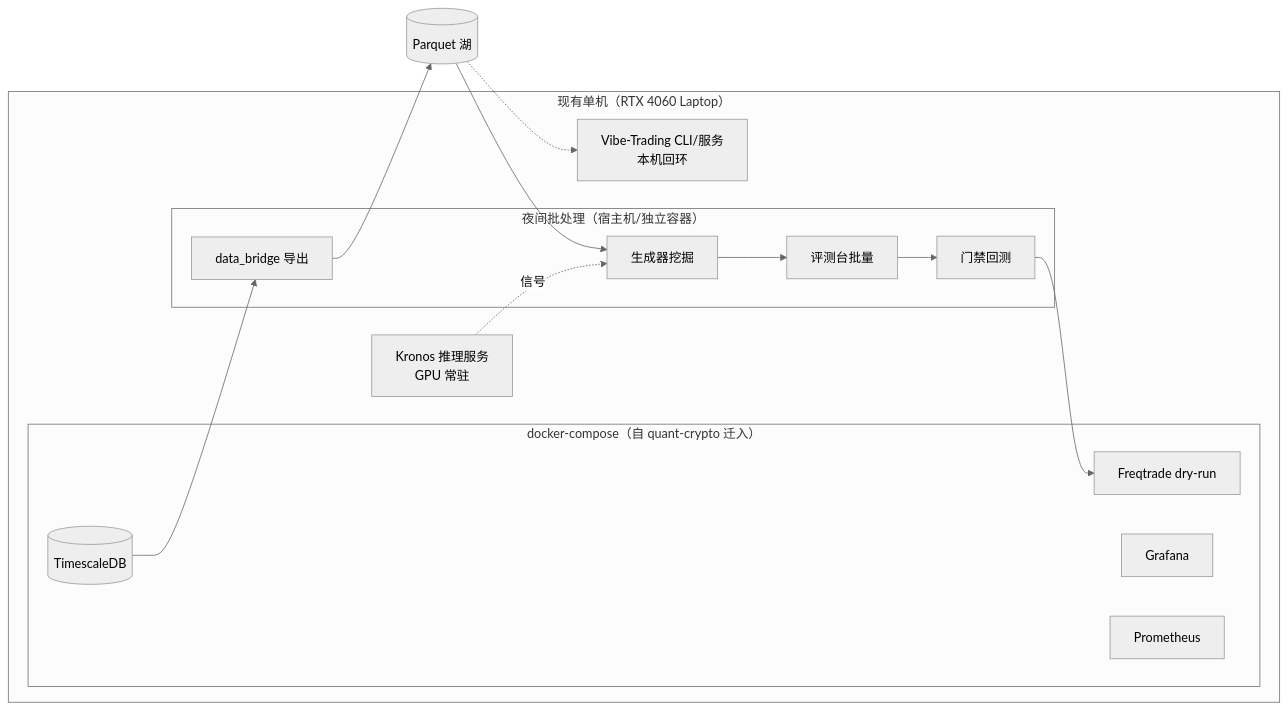
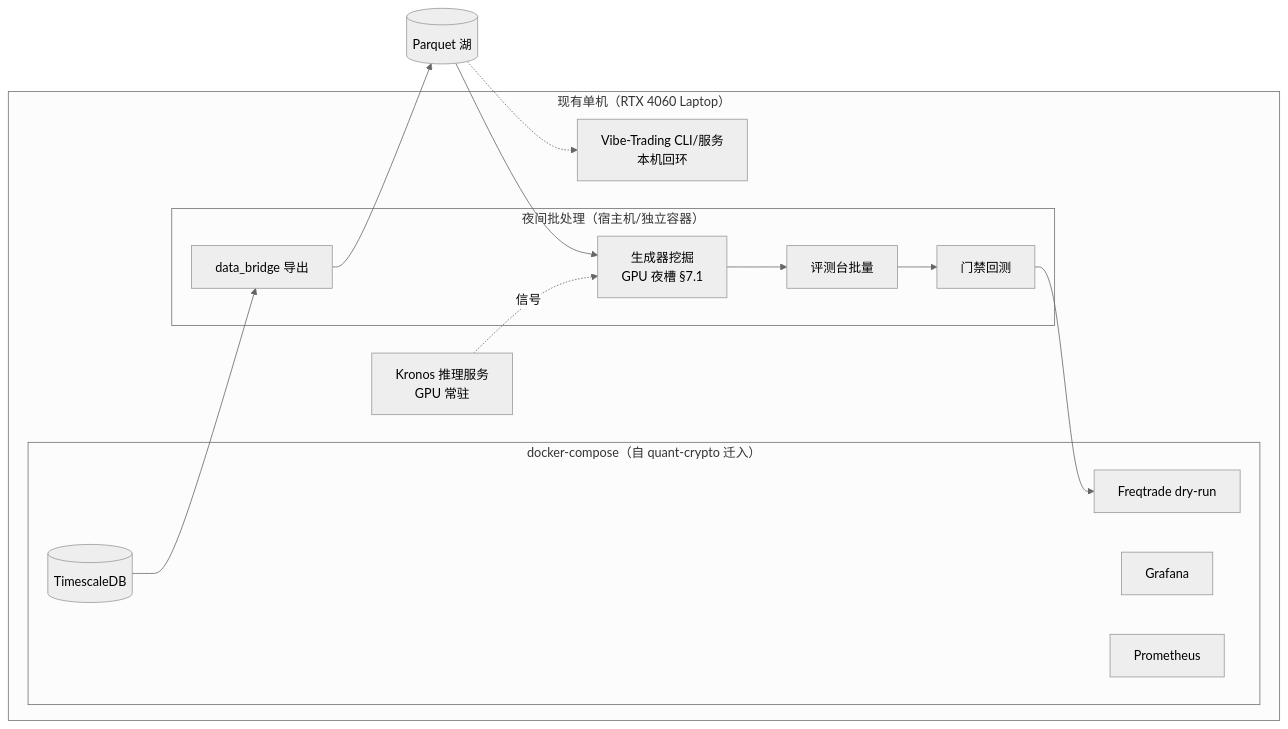
One commit to Qiaozhi94/alphamill changed the third of 3 diagrams in docs/alphamill-architecture.md. Above: the diagram before and after it, drawn with Mermaid (neutral theme). The commit also changed other lines of this file, not shown here.

First line of the commit message:
docs(arch): AlphaGen adapter contract, cost verdict rule, GPU scheduling, signal-cache rules, src-layout decision

````diff
--- a/docs/alphamill-architecture.md
+++ b/docs/alphamill-architecture.md
@@ -335,23 +373,23 @@
 ```mermaid
 flowchart LR
     subgraph HOST["现有单机（RTX 4060 Laptop）"]
         subgraph DOCKER["docker-compose（自 quant-crypto 迁入）"]
             TS[(TimescaleDB)]
             FTD[Freqtrade dry-run]
             GRAF[Grafana]
             PROM[Prometheus]
         end
         subgraph NIGHT["夜间批处理（宿主机/独立容器）"]
             EXPORT[data_bridge 导出]
-            MINE[生成器挖掘]
+            MINE[生成器挖掘<br/>GPU 夜槽 §7.1]
             BENCHX[评测台批量]
             GATES[门禁回测]
         end
         VBT[Vibe-Trading CLI/服务<br/>本机回环]
         KRN[Kronos 推理服务<br/>GPU 常驻]
     end
     TS --> EXPORT --> LAKE[(Parquet 湖)]
     LAKE --> MINE --> BENCHX --> GATES --> FTD
     LAKE -.-> VBT
     KRN -.->|信号| MINE
 ```
````
